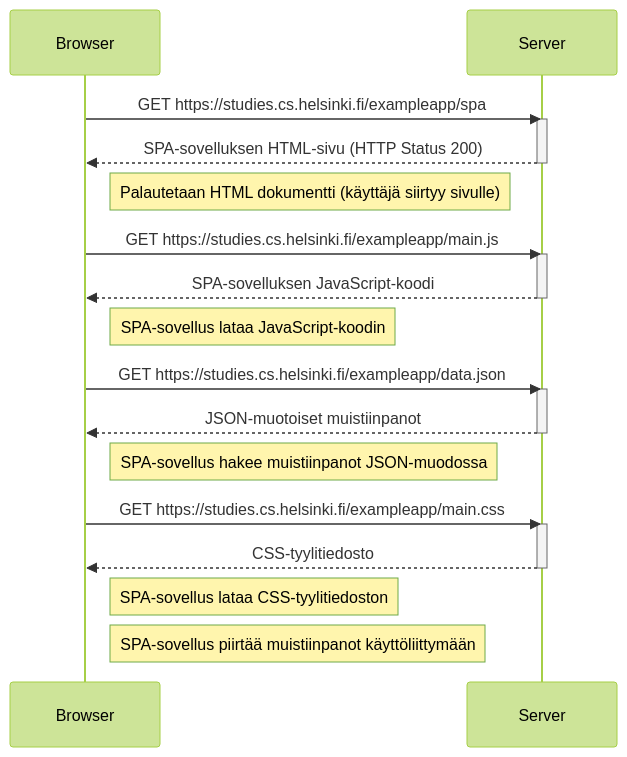
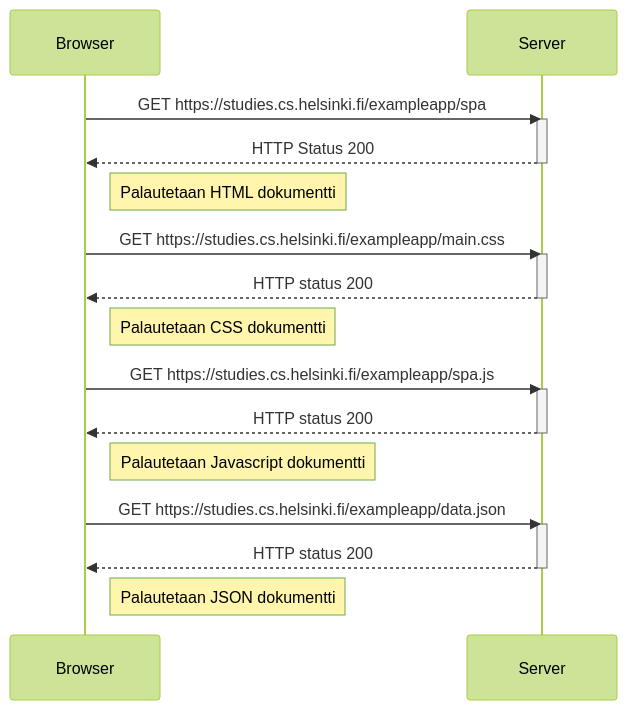
The diagram in osa0/0.5.md (TeemuStew/fullstack-mooc), drawn with Mermaid (forest theme) before and after one commit.

````diff
--- a/osa0/0.5.md
+++ b/osa0/0.5.md
@@ -1,39 +1,34 @@
 ```mermaid
 sequenceDiagram
     participant Browser
     participant Server
 
     Browser->>Server: GET https://studies.cs.helsinki.fi/exampleapp/spa
     activate Server
 
-    Server-->>Browser: SPA-sovelluksen HTML-sivu (HTTP Status 200)
+    Server-->>Browser: HTTP Status 200
     deactivate Server
 
-    Note right of Browser: Palautetaan HTML dokumentti (käyttäjä siirtyy sivulle)
+    Note right of Browser: Palautetaan HTML dokumentti
 
-    Browser->>Server: GET https://studies.cs.helsinki.fi/exampleapp/main.js
+    Browser->>Server: GET https://studies.cs.helsinki.fi/exampleapp/main.css
     activate Server
-
-    Server-->>Browser: SPA-sovelluksen JavaScript-koodi
+    Server-->>Browser: HTTP status 200
     deactivate Server
 
-    Note right of Browser: SPA-sovellus lataa JavaScript-koodin
+    Note right of Browser: Palautetaan CSS dokumentti
+
+    Browser->>Server: GET https://studies.cs.helsinki.fi/exampleapp/spa.js
+    activate Server
+    Server-->>Browser: HTTP status 200
+    deactivate Server
+
+    Note right of Browser: Palautetaan Javascript dokumentti
 
     Browser->>Server: GET https://studies.cs.helsinki.fi/exampleapp/data.json
     activate Server
-
-    Server-->>Browser: JSON-muotoiset muistiinpanot
+    Server-->>Browser: HTTP status 200
     deactivate Server
 
-    Note right of Browser: SPA-sovellus hakee muistiinpanot JSON-muodossa
-
-    Browser->>Server: GET https://studies.cs.helsinki.fi/exampleapp/main.css
-    activate Server
-
-    Server-->>Browser: CSS-tyylitiedosto
-    deactivate Server
-
-    Note right of Browser: SPA-sovellus lataa CSS-tyylitiedoston
-
-    Note right of Browser: SPA-sovellus piirtää muistiinpanot käyttöliittymään
+    Note right of Browser: Palautetaan JSON dokumentti
 ```
````
